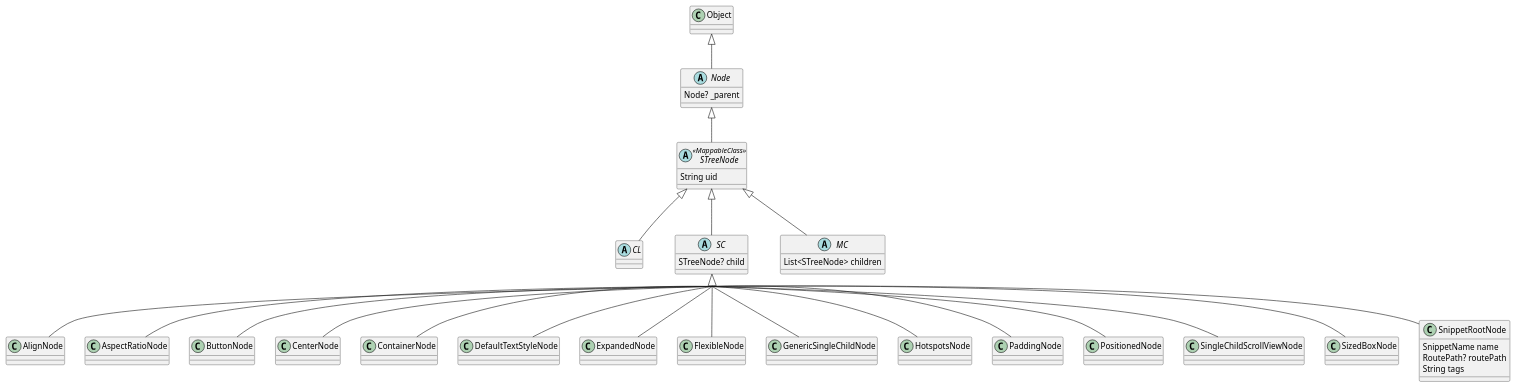
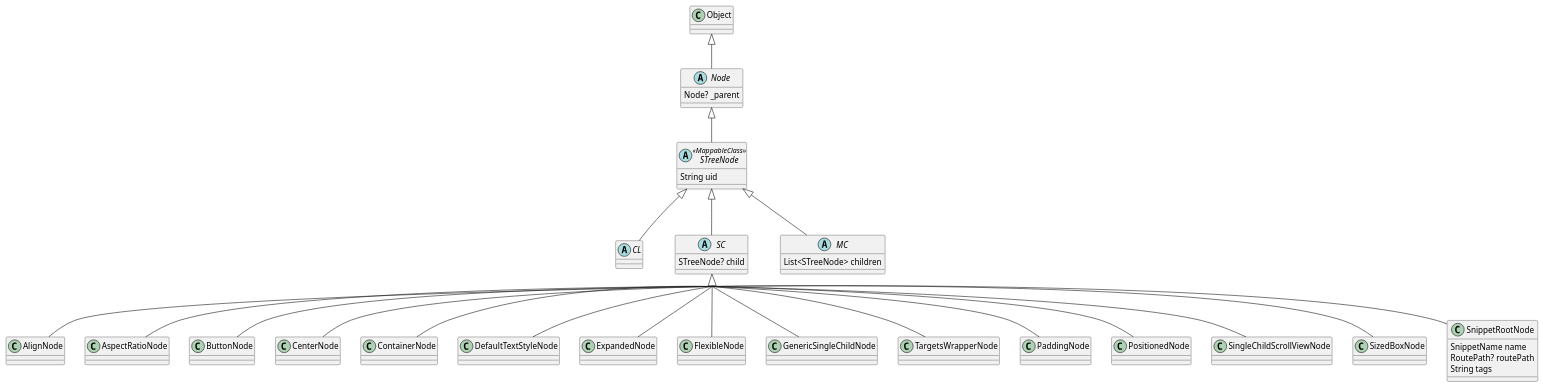
Before and after one commit to biancashouse/flutter_content: the diagram in lib/src/snippet/snodes/sc-nodes.puml, drawn with PlantUML. The commit also changed 289 other files, not shown here.

```diff
--- a/lib/src/snippet/snodes/sc-nodes.puml
+++ b/lib/src/snippet/snodes/sc-nodes.puml
@@ -2,89 +2,89 @@
 @startuml
 'https://plantuml.com/class-diagram
 
 
 class Object
 
 abstract class Node extends Object {
     Node? _parent
 }
 
 abstract class STreeNode <<MappableClass>> extends Node {
     String uid
 }
 
 skinparam groupInheritance 17
 abstract class CL extends STreeNode {}
 
 skinparam groupInheritance 15
 abstract class SC extends STreeNode {
    STreeNode? child
 }
 
 skinparam groupInheritance 13
 abstract class MC extends STreeNode {
    List<STreeNode> children
 }
 
 'interface List
 'interface Collection
 
 'class AlgCNode extends CL
 'class AssetImageNode extends CL
 'class ChipNode extends CL
 'class FileNode extends CL
 'class FirebaseStorageImageNode extends CL
 'class FSImageNode extends CL
 'class GapNode extends CL
 'class GoogleDriveIFrameNode extends CL
 'class IFrameNode extends CL
 'class MarkdownNode extends CL
 'class PlaceholderNode extends CL
 'class PollOptionNode extends CL
 'class RichTextNode extends CL
 'class StepNode extends CL
 'class TextNode extends CL
 'class UMLImageNode extends CL
 'class YTNode extends CL
 
 class AlignNode extends SC
 class AspectRatioNode extends SC
 class ButtonNode extends SC
 class CenterNode extends SC
 class ContainerNode extends SC
 class DefaultTextStyleNode extends SC
 class ExpandedNode extends SC
 class FlexibleNode extends SC
 class GenericSingleChildNode extends SC
-class HotspotsNode extends SC
+class TargetsWrapperNode extends SC
 class PaddingNode extends SC
 class PositionedNode extends SC
 class SingleChildScrollViewNode extends SC
 class SizedBoxNode extends SC
 class SnippetRootNode extends SC {
   SnippetName name
   RoutePath? routePath
   String tags
 }
 
 'class CarouselNode extends MC
 'class DirectoryNode extends MC
 'class FlexNode extends MC
 'class GenericMultiChildNode extends MC
 'class MenuBarNode extends MC
 'class PollNode extends MC
 'class SplitViewNode extends MC
 'class StackNode extends MC
 'class StepperNode extends MC
 'class SubmenuButtonNode extends MC
 'class TabBarNode extends MC
 'class TabBarViewNode extends MC
 'class WrapNode extends MC
 '
 'enum TimeUnit {
 'DAYS
 'HOURS
 'MINUTES
 '}
 
 @enduml
```
